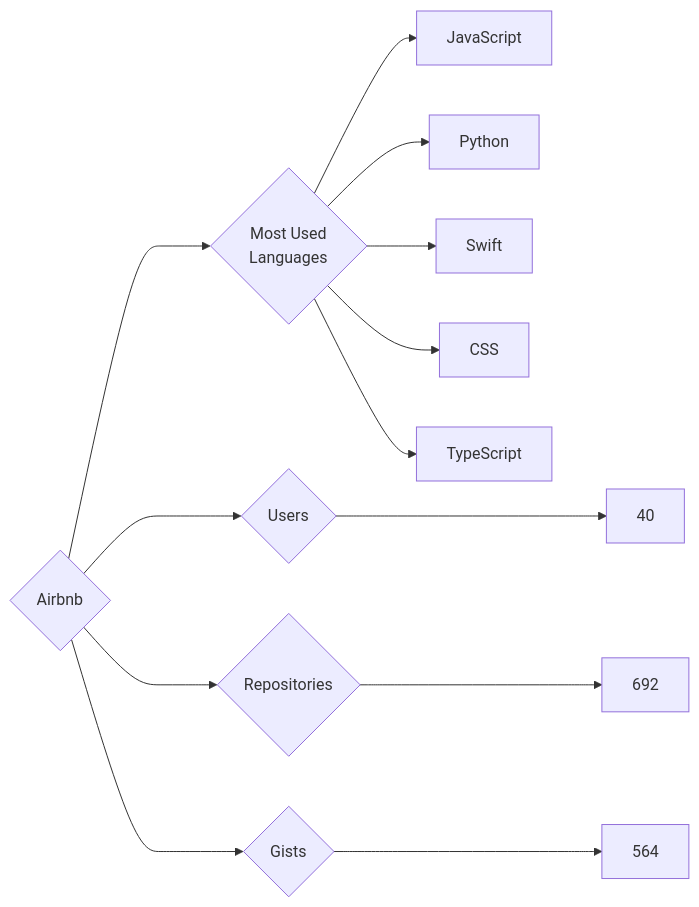
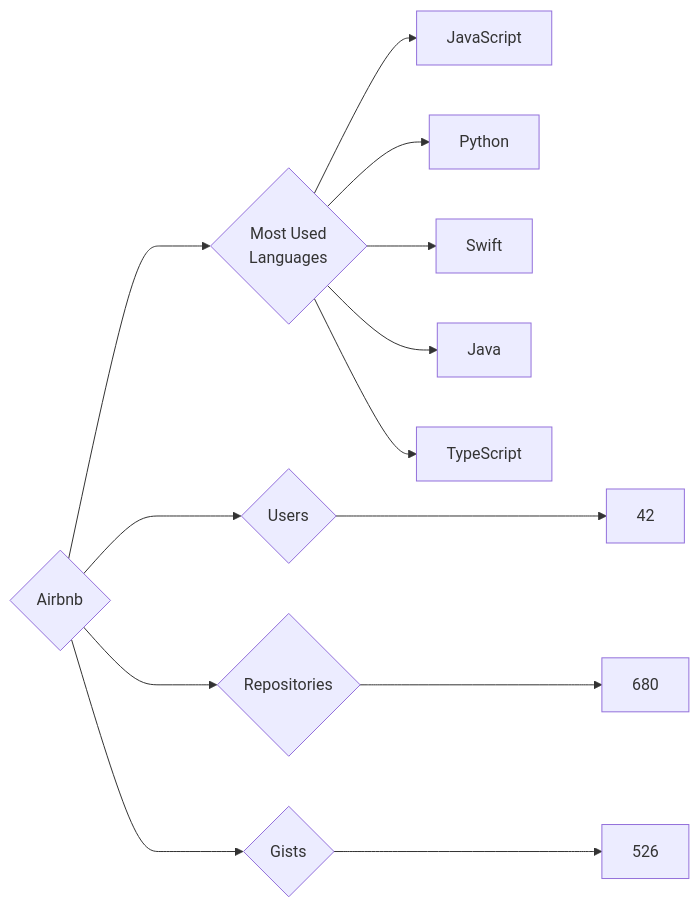
One commit to trickest/insiders changed the diagram in targets/Airbnb/README.md. Above: the diagram before and after it, drawn with Mermaid. The commit also changed 965 other files, not shown here.

````diff
--- a/targets/Airbnb/README.md
+++ b/targets/Airbnb/README.md
@@ -3,13 +3,13 @@
 ```mermaid
 graph LR
 COMPANY_NAME{Airbnb}
-COMPANY_NAME ---> U{Users} ---> UN[40]
-COMPANY_NAME ---> R{Repositories} ---> RN[692]
-COMPANY_NAME ---> G{Gists} ---> GN[564]
+COMPANY_NAME ---> U{Users} ---> UN[42]
+COMPANY_NAME ---> R{Repositories} ---> RN[680]
+COMPANY_NAME ---> G{Gists} ---> GN[526]
 COMPANY_NAME ---> ML{Most Used<br>Languages}
 ML --> JavaScript[JavaScript]
 ML --> Python[Python]
 ML --> Swift[Swift]
-ML --> CSS[CSS]
+ML --> Java[Java]
 ML --> TypeScript[TypeScript]
 ```
````
